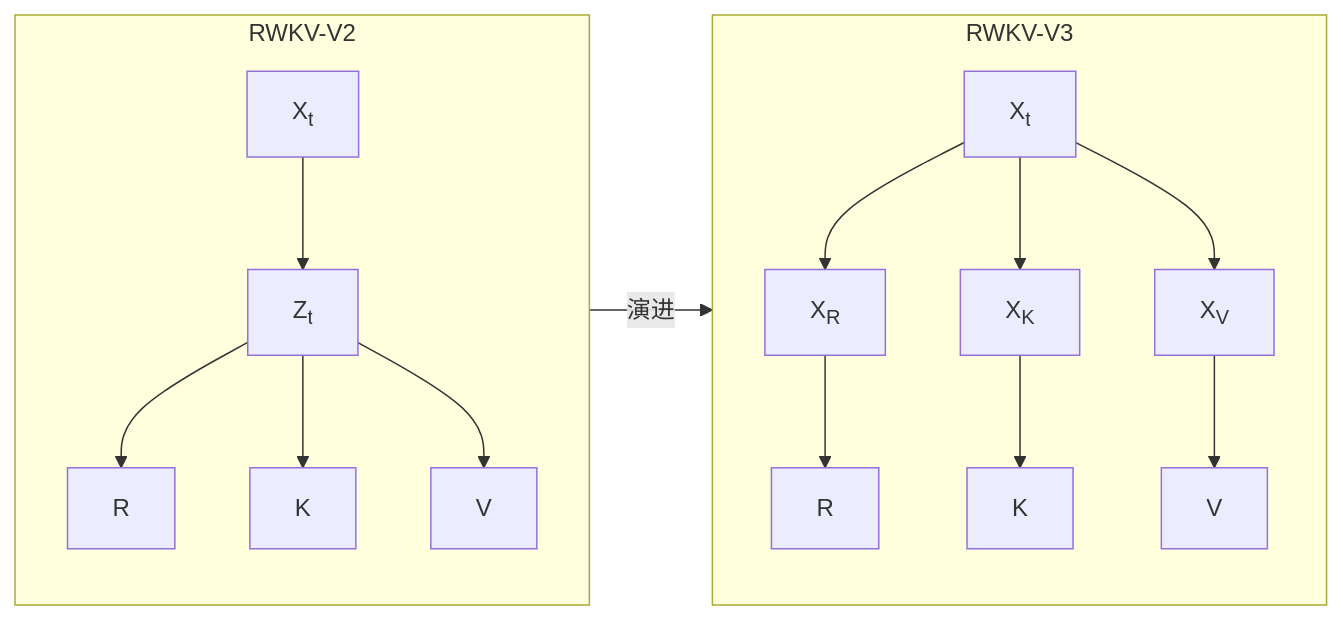
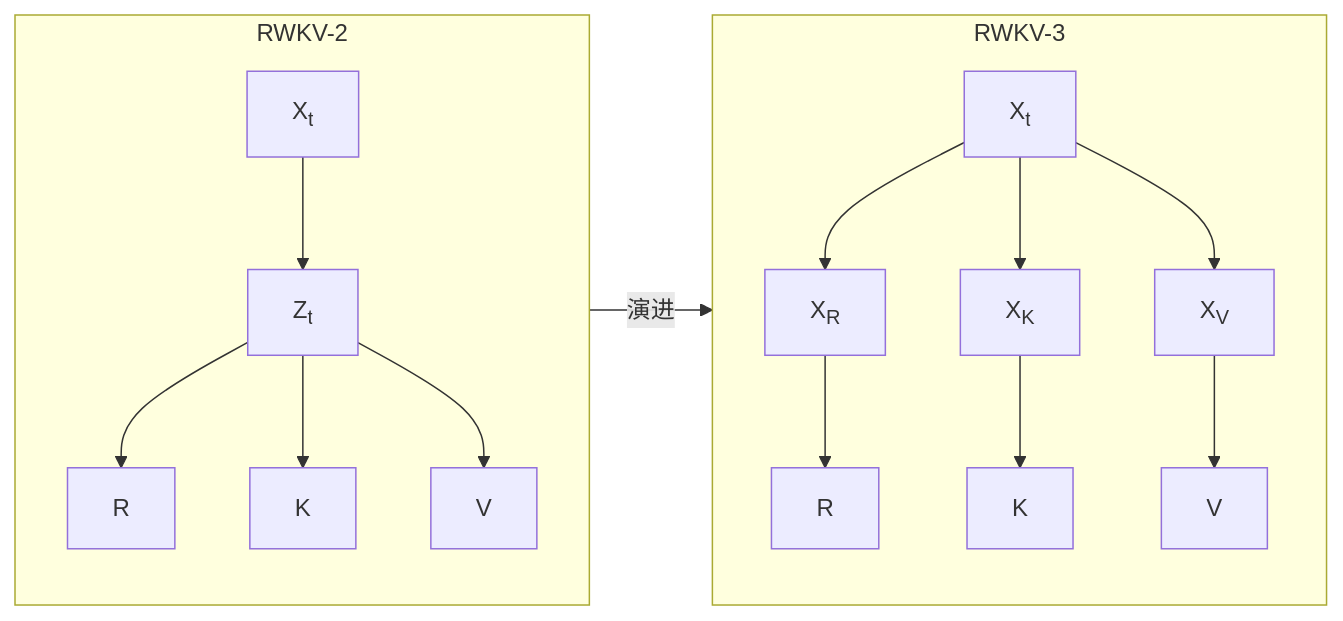
Before and after one commit to LeoLin4258/rwkvcn-docs: the diagram in content/docs/RWKV-Wiki/RWKV-Architecture.mdx, drawn with Mermaid. The commit also changed other lines of this file, not shown here.

Commit message:
docs: rename rwkv-vx to rwkv-x (#142)

````diff
--- a/content/docs/RWKV-Wiki/RWKV-Architecture.mdx
+++ b/content/docs/RWKV-Wiki/RWKV-Architecture.mdx
@@ -139,23 +139,23 @@
 ``` mermaid
 graph LR;
-    subgraph RWKV-V2
+    subgraph RWKV-2
         direction TB
         A_Xt["X<sub>t</sub>"] --> A_Zt["Z<sub>t</sub>"];
         A_Zt --> A_R["R"];
         A_Zt --> A_K["K"];
         A_Zt --> A_V["V"];
     end
 
-    subgraph RWKV-V3
+    subgraph RWKV-3
         direction TB
         B_Xt["X<sub>t</sub>"] --> B_Xr["X<sub>R</sub>"];
         B_Xt --> B_Xk["X<sub>K</sub>"];
         B_Xt --> B_Xv["X<sub>V</sub>"];
         B_Xr --> B_R["R"];
         B_Xk --> B_K["K"];
         B_Xv --> B_V["V"];
     end
 
     %% 定义子图之间的连接
-    RWKV-V2 -- "演进" --> RWKV-V3;
+    RWKV-2 -- "演进" --> RWKV-3;
 ```
````
